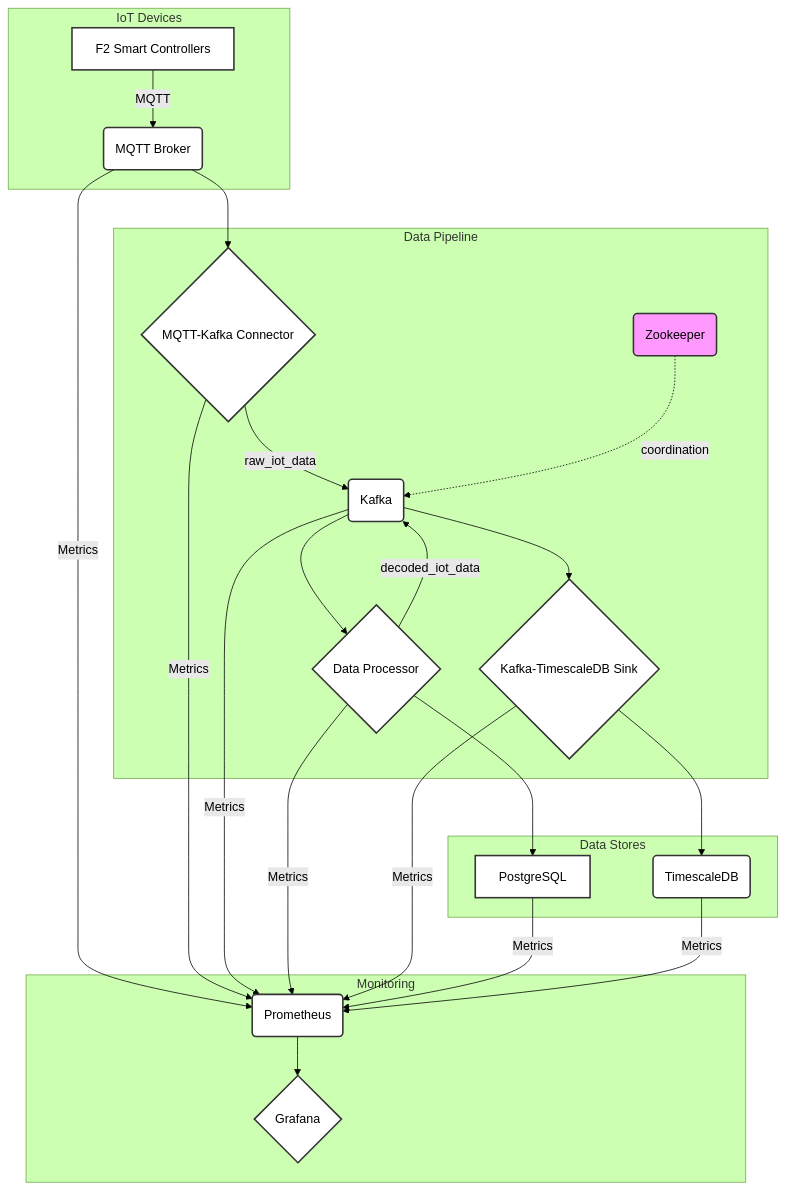
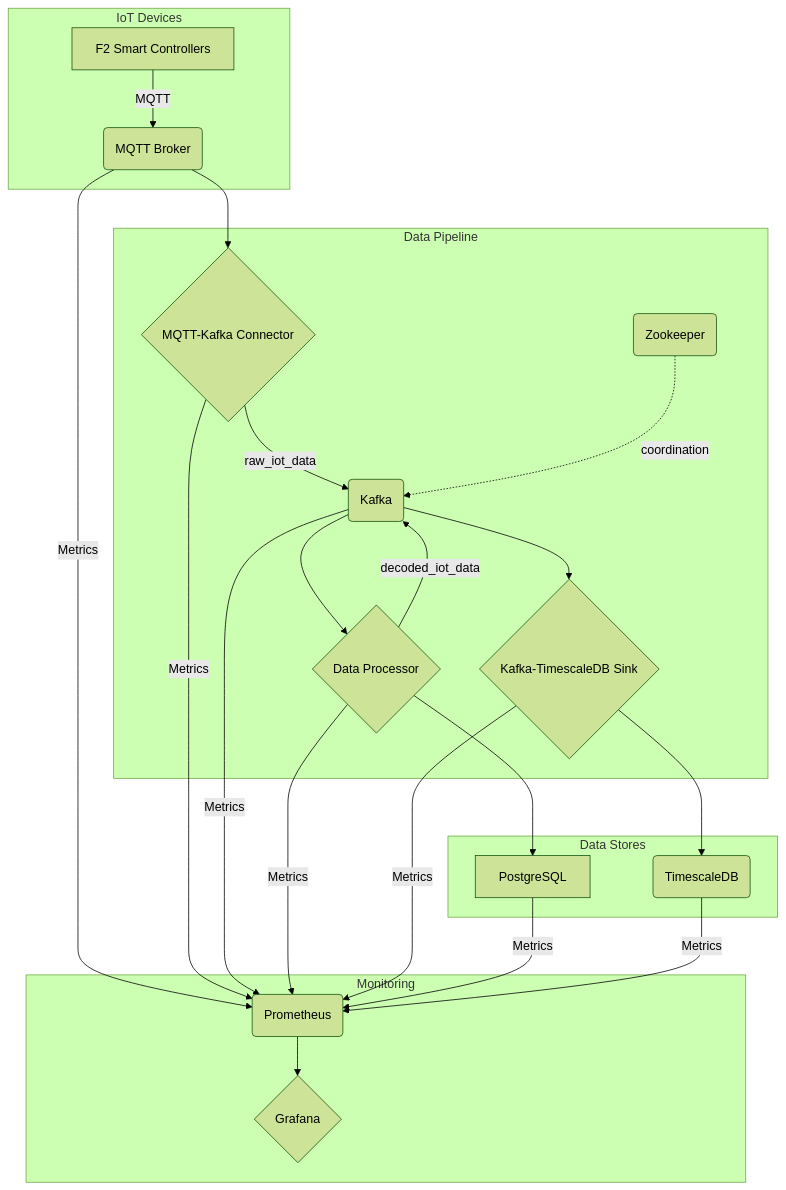
One commit to amoyavt/POC_MQTT changed the first of 2 diagrams in docs/architecture/overview.md. Above: the diagram before and after it, drawn with Mermaid (forest theme). The commit also changed 2 other files, not shown here.

Commit message:
Refactor architecture diagrams and update monitoring stack documentation for clarity

````diff
--- a/docs/architecture/overview.md
+++ b/docs/architecture/overview.md
@@ -9,43 +9,31 @@
 ```mermaid
 graph TD
     subgraph "IoT Devices"
         A["F2 Smart Controllers"] -->|MQTT| B("MQTT Broker")
     end
 
     subgraph "Data Pipeline"
         B --> C{"MQTT-Kafka Connector"}
         C -->|raw_iot_data| D("Kafka")
         ZK("Zookeeper") -.->|coordination| D
         D --> E{"Data Processor"}
         E -->|decoded_iot_data| D
         D --> F{"Kafka-TimescaleDB Sink"}
     end
 
     subgraph "Data Stores"
         E --> G["PostgreSQL"]
         F --> H("TimescaleDB")
     end
 
     subgraph "Monitoring"
         M("Prometheus") --> N{"Grafana"}
         B -->|Metrics| M
         C -->|Metrics| M
         D -->|Metrics| M
         E -->|Metrics| M
         F -->|Metrics| M
         G -->|Metrics| M
         H -->|Metrics| M
     end
-
-    style A fill:#fff,stroke:#333,stroke-width:2px
-    style B fill:#fff,stroke:#333,stroke-width:2px
-    style C fill:#fff,stroke:#333,stroke-width:2px
-    style D fill:#fff,stroke:#333,stroke-width:2px
-    style ZK fill:#f9f,stroke:#333,stroke-width:2px
-    style E fill:#fff,stroke:#333,stroke-width:2px
-    style F fill:#fff,stroke:#333,stroke-width:2px
-    style G fill:#fff,stroke:#333,stroke-width:2px
-    style H fill:#fff,stroke:#333,stroke-width:2px
-    style M fill:#fff,stroke:#333,stroke-width:2px
-    style N fill:#fff,stroke:#333,stroke-width:2px
 ```
````
